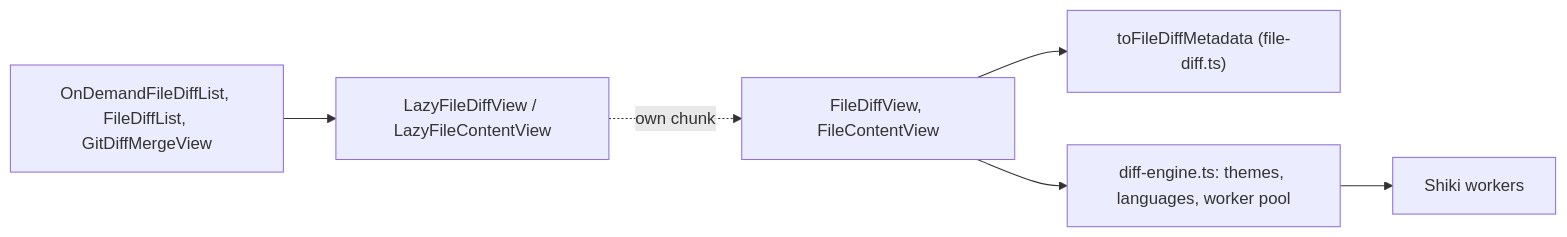
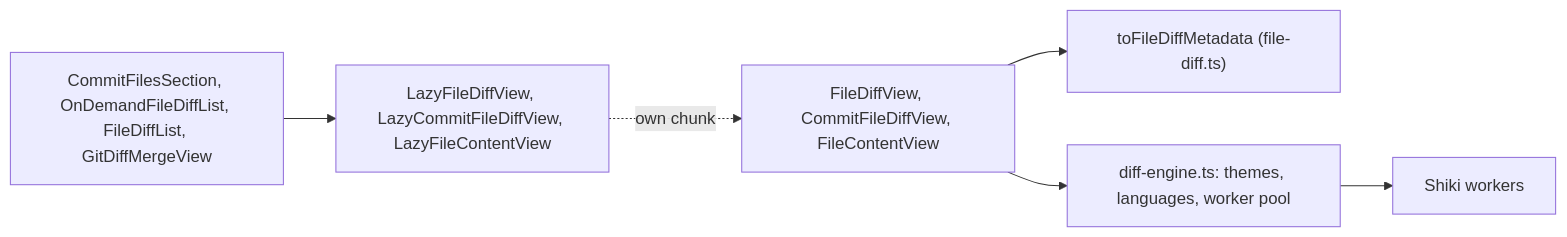
Before and after one commit to develar/branch-deck: the diagram in docs/design/diff-view.md, drawn with Mermaid. The commit also changed other lines of this file and 33 other files, not shown here.

````diff
--- a/docs/design/diff-view.md
+++ b/docs/design/diff-view.md
@@ -29,8 +29,8 @@
 ```mermaid
 flowchart LR
-    V["OnDemandFileDiffList, FileDiffList, GitDiffMergeView"] --> L["LazyFileDiffView / LazyFileContentView"]
-    L -. "own chunk" .-> F["FileDiffView, FileContentView"]
+    V["CommitFilesSection, OnDemandFileDiffList, FileDiffList, GitDiffMergeView"] --> L["LazyFileDiffView, LazyCommitFileDiffView, LazyFileContentView"]
+    L -. "own chunk" .-> F["FileDiffView, CommitFileDiffView, FileContentView"]
     F --> A["toFileDiffMetadata (file-diff.ts)"]
     F --> E["diff-engine.ts: themes, languages, worker pool"]
     E --> W["Shiki workers"]
 ```
````
